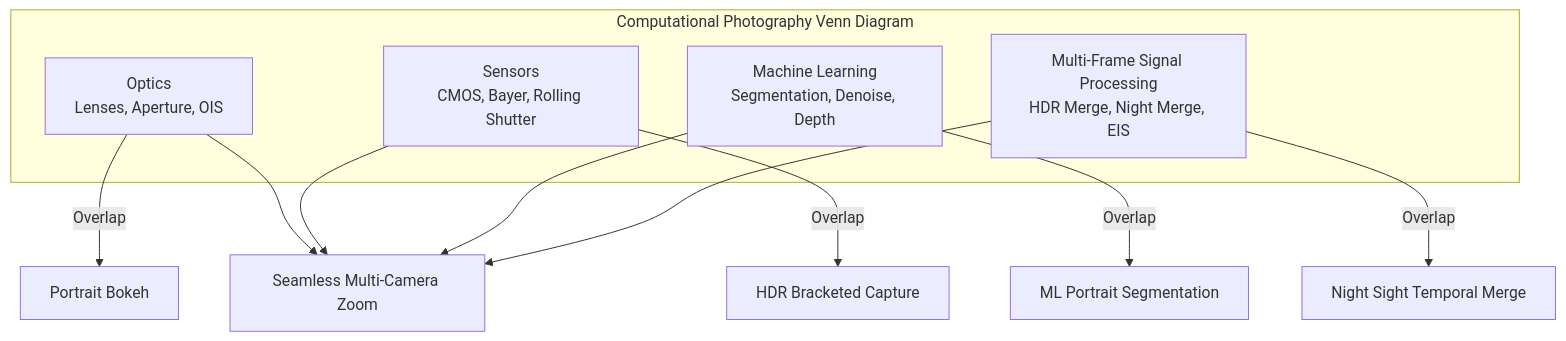
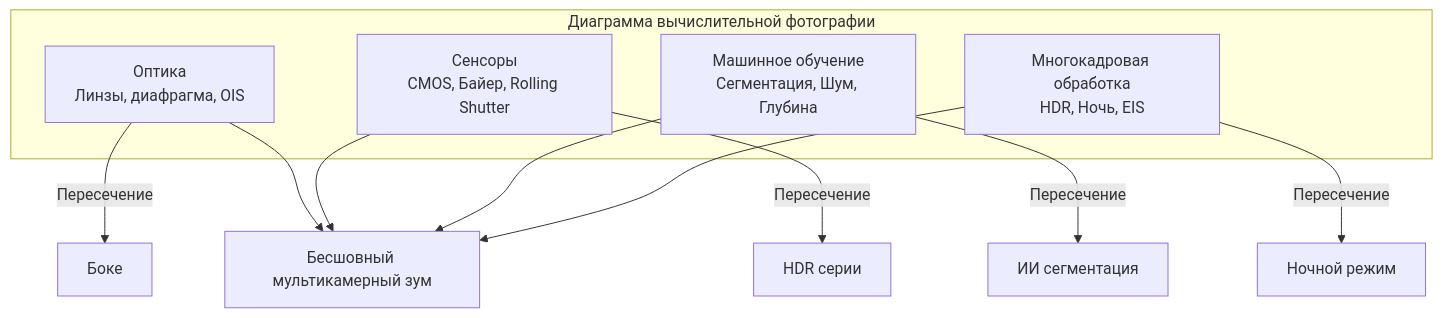
The seventh of 7 diagrams in website/i18n/ru/docusaurus-plugin-content-docs/current/camera2/what-can-modern-smartphone-cameras-do.md (zoozooll/AndroidCameraParameters), drawn with Mermaid before and after one commit. The commit also changed other lines of this file and 378 other files, not shown here.

````diff
--- a/website/i18n/ru/docusaurus-plugin-content-docs/current/camera2/what-can-modern-smartphone-cameras-do.md
+++ b/website/i18n/ru/docusaurus-plugin-content-docs/current/camera2/what-can-modern-smartphone-cameras-do.md
@@ -207,14 +202,14 @@
 ```mermaid
 graph TD
-    subgraph "Computational Photography Venn Diagram"
-        A[Optics\nLenses, Aperture, OIS]
-        B[Sensors\nCMOS, Bayer, Rolling Shutter]
-        C[Machine Learning\nSegmentation, Denoise, Depth]
-        D[Multi-Frame Signal Processing\nHDR Merge, Night Merge, EIS]
+    subgraph "Диаграмма вычислительной фотографии"
+        A["Оптика<br/>Линзы, диафрагма, OIS"]
+        B["Сенсоры<br/>CMOS, Байер, Rolling Shutter"]
+        C["Машинное обучение<br/>Сегментация, Шум, Глубина"]
+        D["Многокадровая обработка<br/>HDR, Ночь, EIS"]
     end
-    A -- Overlap --> E[Portrait Bokeh]
-    B -- Overlap --> F[HDR Bracketed Capture]
-    C -- Overlap --> G[ML Portrait Segmentation]
-    D -- Overlap --> H[Night Sight Temporal Merge]
-    A & B & C & D --> I[Seamless Multi-Camera Zoom]
+    A -- Пересечение --> E["Боке"]
+    B -- Пересечение --> F["HDR серии"]
+    C -- Пересечение --> G["ИИ сегментация"]
+    D -- Пересечение --> H["Ночной режим"]
+    A & B & C & D --> I["Бесшовный мультикамерный зум"]
 ```
````
